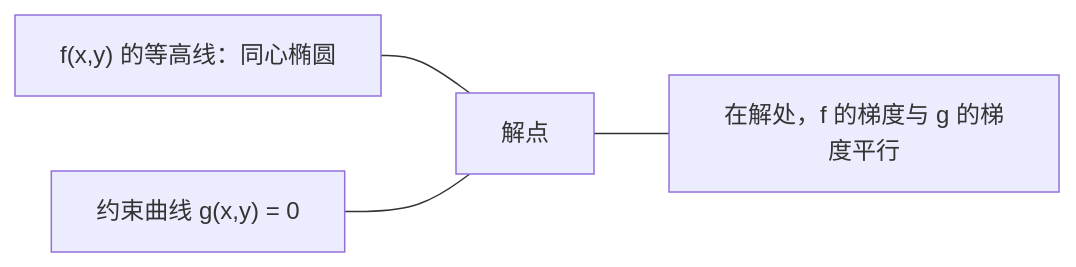
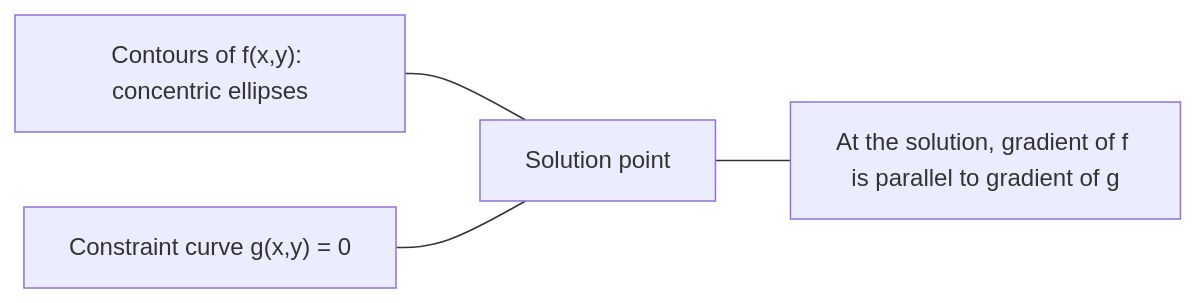
One commit to xiaojiaenen/ai-engineering-from-scratch-zh changed the fourth of 4 diagrams in i18n/zh/phases/01-math-foundations/18-convex-optimization/docs/zh.md. Above: the diagram before and after it, drawn with Mermaid. The commit also changed other lines of this file and 22 other files, not shown here.

````diff
--- a/i18n/zh/phases/01-math-foundations/18-convex-optimization/docs/zh.md
+++ b/i18n/zh/phases/01-math-foundations/18-convex-optimization/docs/zh.md
@@ -236,6 +236,6 @@
 ```mermaid
 graph LR
-    A["f(x,y) 的等高线：同心椭圆"] --- S["解点"]
-    B["约束曲线 g(x,y) = 0"] --- S
-    S --- C["在解处，f 的梯度与 g 的梯度平行"]
+    A["Contours of f(x,y): concentric ellipses"] --- S["Solution point"]
+    B["Constraint curve g(x,y) = 0"] --- S
+    S --- C["At the solution, gradient of f is parallel to gradient of g"]
 ```
````
